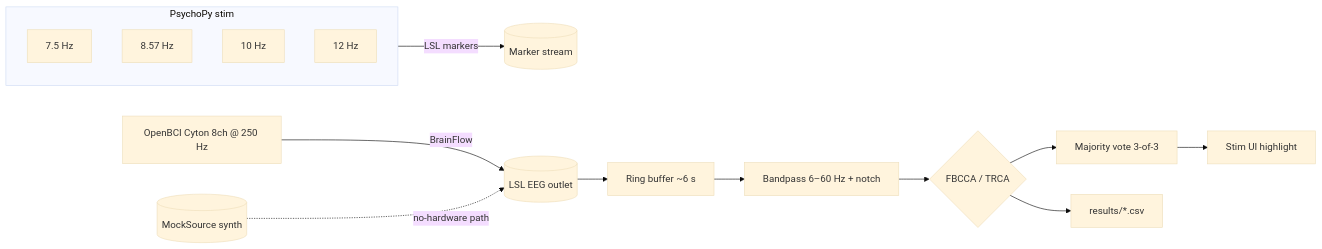
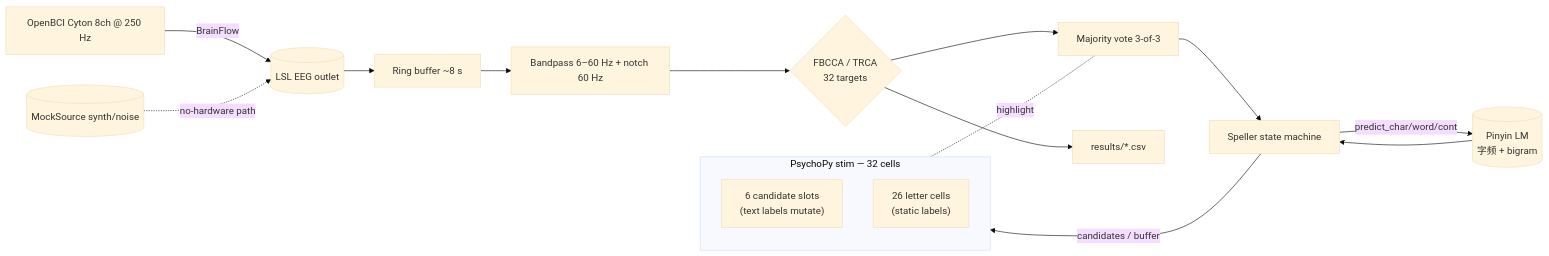
The diagram in README.md (zhangjiashu0612/SSVEP-BCI-Project), drawn with Mermaid (base theme) before and after one commit. The commit also changed other lines of this file and 19 other files, not shown here.

First line of the commit message:
v2: 26-letter Chinese SSVEP speller (squashed from feature/speller)

````diff
--- a/README.md
+++ b/README.md
@@ -17,15 +30,20 @@
 ```mermaid
 flowchart LR
-  subgraph Stim["PsychoPy stim"]
-    F1["7.5 Hz"]; F2["8.57 Hz"]; F3["10 Hz"]; F4["12 Hz"]
+  subgraph Stim["PsychoPy stim — 32 cells"]
+    direction TB
+    Cand["6 candidate slots\n(text labels mutate)"]
+    Letters["26 letter cells\n(static labels)"]
   end
-  Stim -- "LSL markers" --> M[(Marker stream)]
   Cyton[OpenBCI Cyton 8ch @ 250 Hz] -- "BrainFlow" --> LSL[(LSL EEG outlet)]
-  Mock[(MockSource synth)] -. "no-hardware path" .-> LSL
-  LSL --> Buf[Ring buffer ~6 s]
-  Buf --> Pre[Bandpass 6–60 Hz + notch]
-  Pre --> Clf{FBCCA / TRCA}
+  Mock[(MockSource synth/noise)] -. "no-hardware path" .-> LSL
+  LSL --> Buf[Ring buffer ~8 s]
+  Buf --> Pre[Bandpass 6–60 Hz + notch 60 Hz]
+  Pre --> Clf{FBCCA / TRCA\n32 targets}
   Clf --> Vote[Majority vote 3-of-3]
-  Vote --> UI[Stim UI highlight]
+  Vote --> SM[Speller state machine]
+  SM -- "predict_char/word/cont" --> LM[(Pinyin LM\n字频 + bigram)]
+  LM --> SM
+  SM -- "candidates / buffer" --> Stim
+  Stim -. "highlight" .- Vote
   Clf --> Log[results/*.csv]
 ```
````
